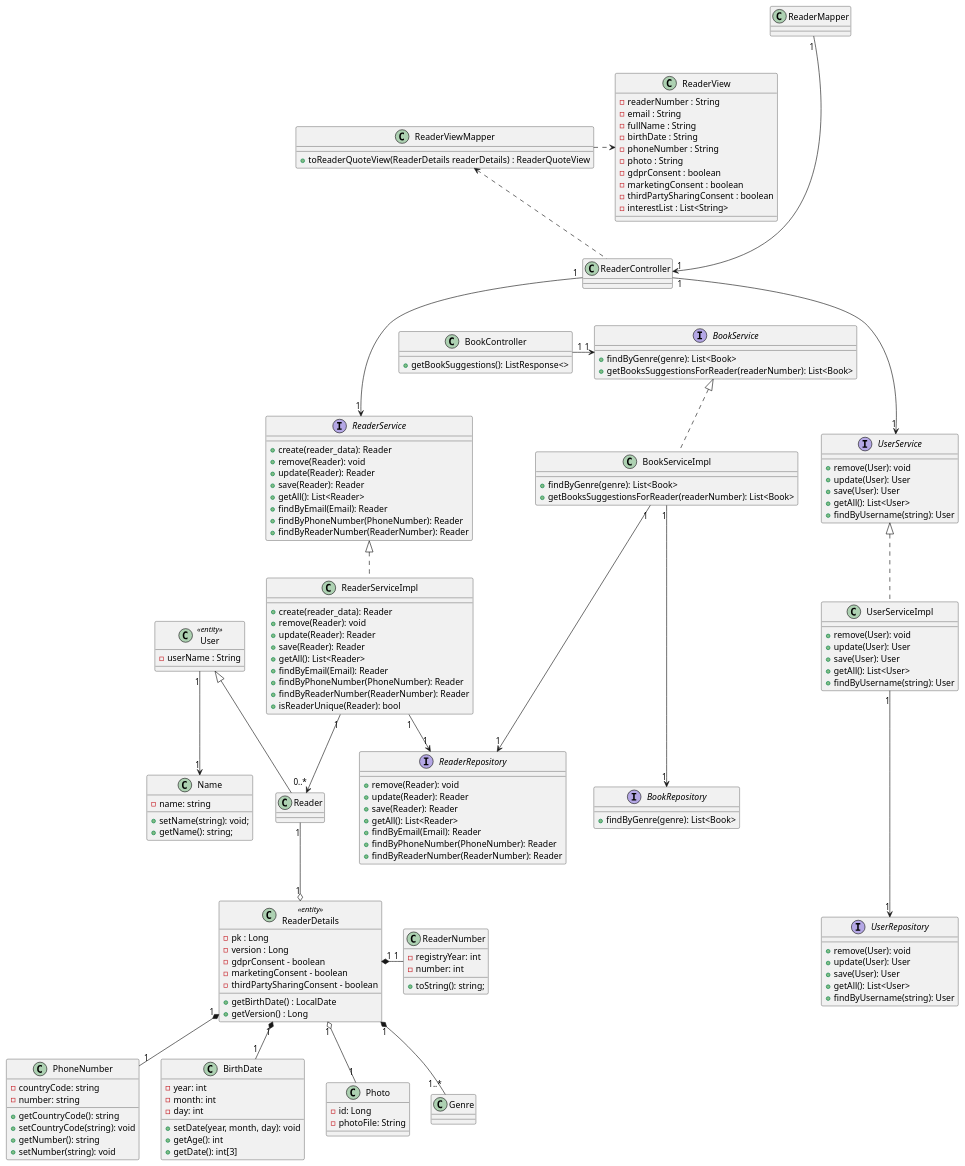
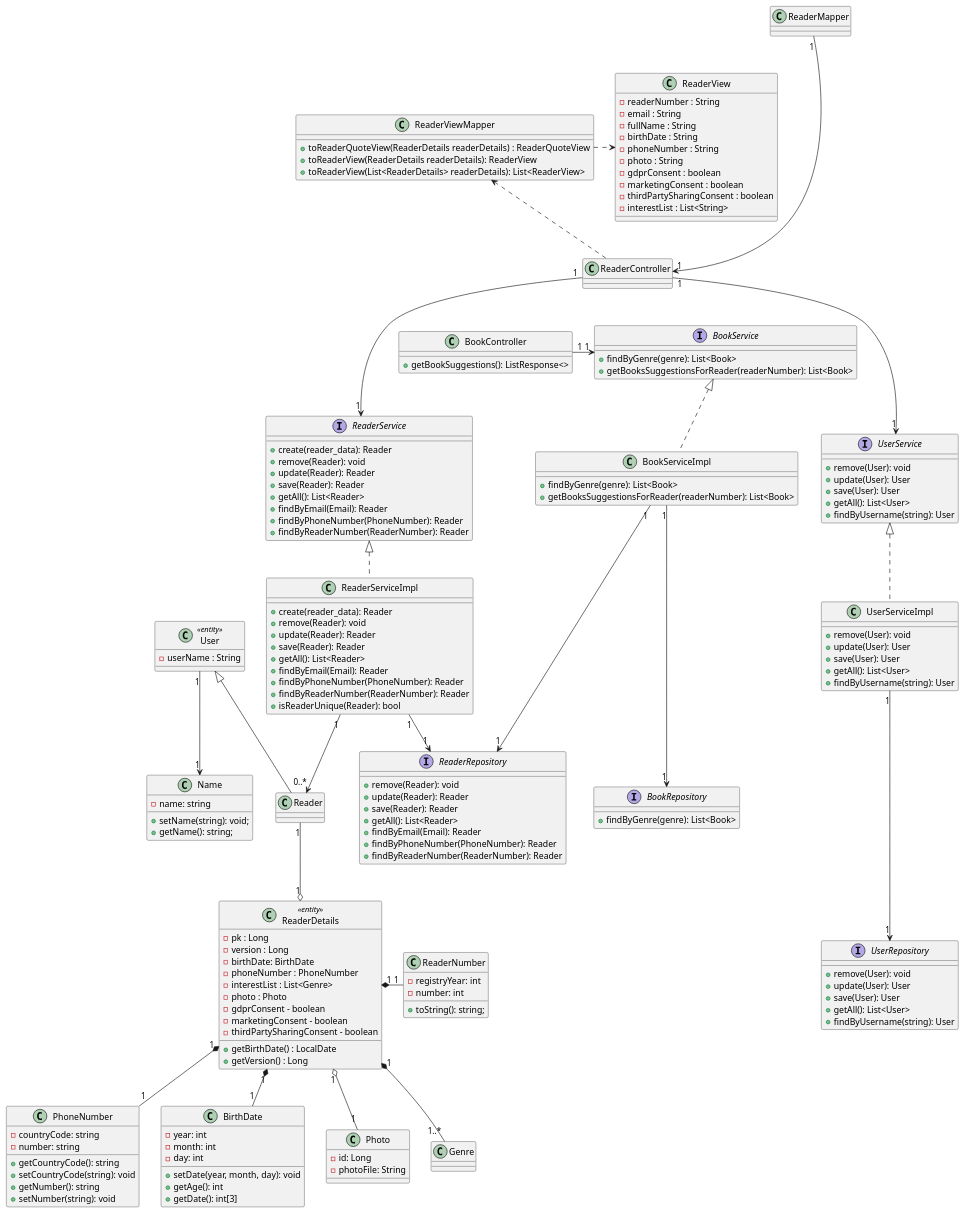
Before and after one commit to rutemf/1220944_1220772_G01: the diagram in Docs/Phase2/WP3B-Readers/WP3B-Readers-CD.puml, drawn with PlantUML. The commit also changed 2 other files, not shown here.

Commit message:
Design updates for reader CD and bonus US CD

```diff
--- a/Docs/Phase2/WP3B-Readers/WP3B-Readers-CD.puml
+++ b/Docs/Phase2/WP3B-Readers/WP3B-Readers-CD.puml
@@ -1,176 +1,182 @@
 @startuml
 'https://plantuml.com/sequence-diagram
 
 interface ReaderRepository {
     + remove(Reader): void
     + update(Reader): Reader
     + save(Reader): Reader
     + getAll(): List<Reader>
     + findByEmail(Email): Reader
     + findByPhoneNumber(PhoneNumber): Reader
     + findByReaderNumber(ReaderNumber): Reader
 }
 
 interface ReaderService {
     + create(reader_data): Reader
     + remove(Reader): void
     + update(Reader): Reader
     + save(Reader): Reader
     + getAll(): List<Reader>
     + findByEmail(Email): Reader
     + findByPhoneNumber(PhoneNumber): Reader
     + findByReaderNumber(ReaderNumber): Reader
 }
 
 class ReaderServiceImpl implements ReaderService {
     + create(reader_data): Reader
     + remove(Reader): void
     + update(Reader): Reader
     + save(Reader): Reader
     + getAll(): List<Reader>
     + findByEmail(Email): Reader
     + findByPhoneNumber(PhoneNumber): Reader
     + findByReaderNumber(ReaderNumber): Reader
     + isReaderUnique(Reader): bool
 }
 
 class ReaderController {
 }
 
 class ReaderDetails <<entity>>{
     - pk : Long
     - version : Long
+    - birthDate: BirthDate
+    - phoneNumber : PhoneNumber
+    - interestList : List<Genre>
+    - photo : Photo
     - gdprConsent - boolean
     - marketingConsent - boolean
     - thirdPartySharingConsent - boolean
     + getBirthDate() : LocalDate
     + getVersion() : Long
 }
 
 class User <<entity>>{
     - userName : String
 }
 
 class Reader extends User
 
 class ReaderViewMapper{
  + toReaderQuoteView(ReaderDetails readerDetails) : ReaderQuoteView
+ + toReaderView(ReaderDetails readerDetails): ReaderView
+ + toReaderView(List<ReaderDetails> readerDetails): List<ReaderView>
 }
 
 class ReaderView{
     - readerNumber : String
     - email : String
     - fullName : String
     - birthDate : String
     - phoneNumber : String
     - photo : String
     - gdprConsent : boolean
     - marketingConsent : boolean
     - thirdPartySharingConsent : boolean
     - interestList : List<String>
 }
 
 class Name {
     - name: string
     + setName(string): void;
     + getName(): string;
 }
 
 class ReaderNumber {
     - registryYear: int
     - number: int
     + toString(): string;
 }
 
 class PhoneNumber {
     - countryCode: string
     - number: string
     + getCountryCode(): string
     + setCountryCode(string): void
     + getNumber(): string
     + setNumber(string): void
 }
 
 class BirthDate {
     - year: int
     - month: int
     - day: int
     + setDate(year, month, day): void
     + getAge(): int
     + getDate(): int[3]
 }
 
 
 interface UserRepository {
     + remove(User): void
     + update(User): User
     + save(User): User
     + getAll(): List<User>
     + findByUsername(string): User
 }
 
 interface UserService {
     + remove(User): void
     + update(User): User
     + save(User): User
     + getAll(): List<User>
     + findByUsername(string): User
 }
 
 class UserServiceImpl implements UserService {
     + remove(User): void
     + update(User): User
     + save(User): User
     + getAll(): List<User>
     + findByUsername(string): User
 }
 
 class Photo {
     - id: Long
     - photoFile: String
 
 }
 
 interface BookRepository {
     + findByGenre(genre): List<Book>
 }
 
 interface BookService {
     + findByGenre(genre): List<Book>
     + getBooksSuggestionsForReader(readerNumber): List<Book>
 }
 
 class BookServiceImpl implements BookService {
     + findByGenre(genre): List<Book>
     + getBooksSuggestionsForReader(readerNumber): List<Book>
 }
 
 class BookController {
     + getBookSuggestions(): ListResponse<>
 }
 
 BookController "1" -> "1" BookService
 BookServiceImpl "1" ---> "1" BookRepository
 BookServiceImpl "1" ---> "1" ReaderRepository
 
 UserServiceImpl "1" ---> "1" UserRepository
 
 ReaderMapper "1" ---> "1" ReaderController
 
 ReaderController .up.> ReaderViewMapper
 ReaderViewMapper .right.> ReaderView
 
 ReaderController "1" ---> "1" ReaderService
 ReaderController "1" ---> "1" UserService
 ReaderDetails "1" o-up- "1" Reader
 ReaderDetails "1" *- "1" ReaderNumber
 ReaderDetails "1" *-- "1" BirthDate
 ReaderDetails "1" *-- "1" PhoneNumber
 ReaderDetails "1" *-- "1..*" Genre
 ReaderDetails "1" o-- "1" Photo
 ReaderServiceImpl "1" --> "0..*" Reader
 ReaderServiceImpl "1" --> "1" ReaderRepository
 User "1" --> "1" Name
 
 
 @enduml
```
